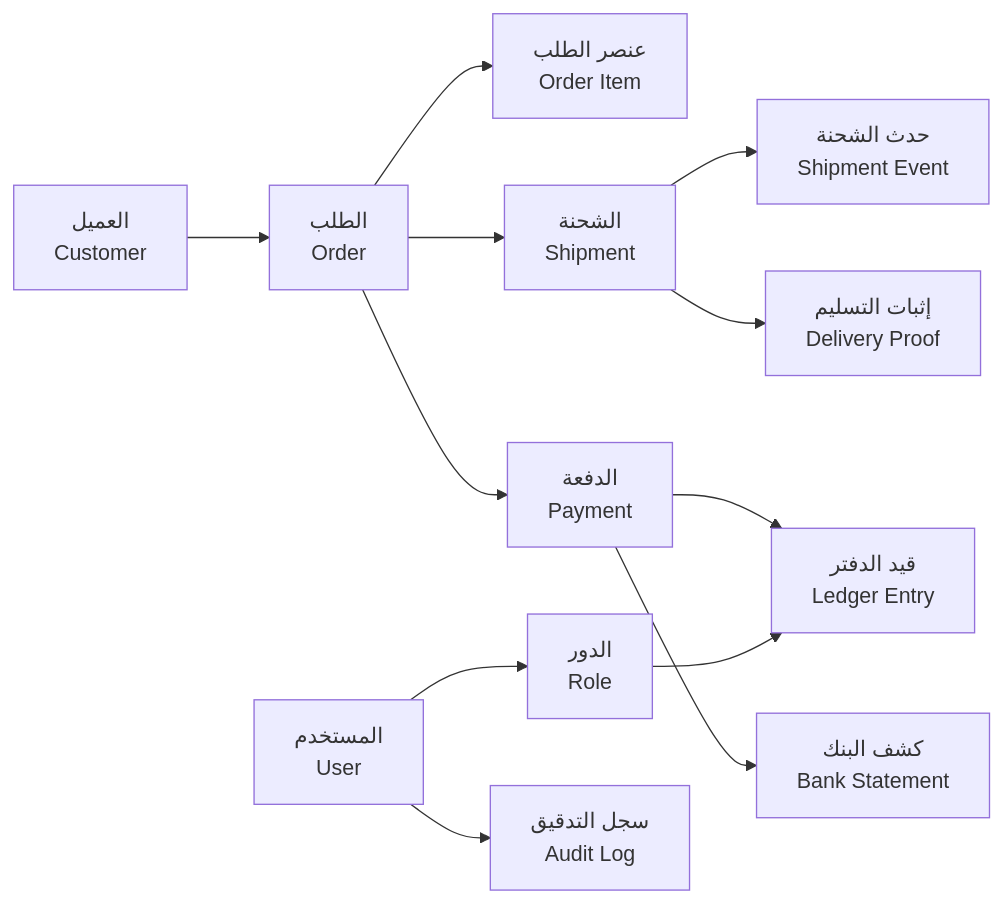
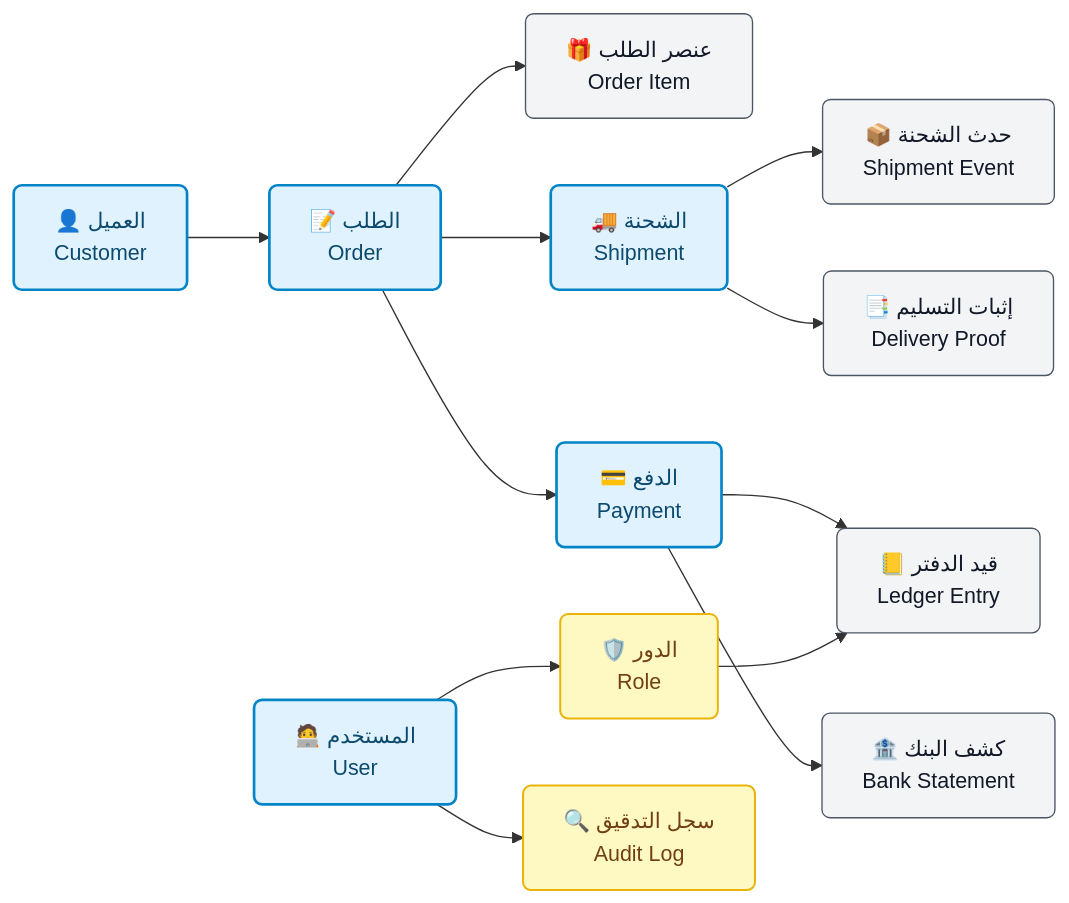
One commit to Ash69g/Documentation-Study changed the first of 3 diagrams in docs/05-data-model/05-data-model.md. Above: the diagram before and after it, drawn with Mermaid. The commit also changed other lines of this file and 5 other files, not shown here.

````diff
--- a/docs/05-data-model/05-data-model.md
+++ b/docs/05-data-model/05-data-model.md
@@ -26,27 +47,34 @@
 ```mermaid
 flowchart LR
-  Customer["العميل\nCustomer"]
-  OrderNode["الطلب\nOrder"]
-  ItemNode["عنصر الطلب\nOrder Item"]
-  Shipment["الشحنة\nShipment"]
-  ShipEvent["حدث الشحنة\nShipment Event"]
-  Proof["إثبات التسليم\nDelivery Proof"]
-  Payment["الدفعة\nPayment"]
-  Ledger["قيد الدفتر\nLedger Entry"]
-  Statement["كشف البنك\nBank Statement"]
-  User["المستخدم\nUser"]
-  Role["الدور\nRole"]
-  Audit["سجل التدقيق\nAudit Log"]
+  %% ====== أنماط ======
+  classDef entity fill:#e0f2fe,stroke:#0284c7,stroke-width:2px,color:#0c4a6e,rx:6,ry:6;
+  classDef sub fill:#f3f4f6,stroke:#4b5563,stroke-width:1px,color:#111827,rx:6,ry:6;
+  classDef control fill:#fef9c3,stroke:#eab308,stroke-width:1.5px,color:#713f12,rx:6,ry:6;
 
+  %% ====== العقد ======
+  Customer["👤 العميل<br>Customer"]:::entity
+  OrderNode["📝 الطلب<br>Order"]:::entity
+  ItemNode["🎁 عنصر الطلب<br>Order Item"]:::sub
+  Shipment["🚚 الشحنة<br>Shipment"]:::entity
+  ShipEvent["📦 حدث الشحنة<br>Shipment Event"]:::sub
+  Proof["📑 إثبات التسليم<br>Delivery Proof"]:::sub
+  Payment["💳 الدفع<br>Payment"]:::entity
+  Ledger["📒 قيد الدفتر<br>Ledger Entry"]:::sub
+  Statement["🏦 كشف البنك<br>Bank Statement"]:::sub
+  User["🧑‍💻 المستخدم<br>User"]:::entity
+  Role["🛡️ الدور<br>Role"]:::control
+  Audit["🔍 سجل التدقيق<br>Audit Log"]:::control
+
+  %% ====== العلاقات ======
   Customer --> OrderNode
   OrderNode --> ItemNode
   OrderNode --> Shipment
   Shipment --> ShipEvent
   Shipment --> Proof
   OrderNode --> Payment
   Payment --> Ledger
   Payment --> Statement
   User --> Role
   User --> Audit
   Role --> Ledger
 ```
````
